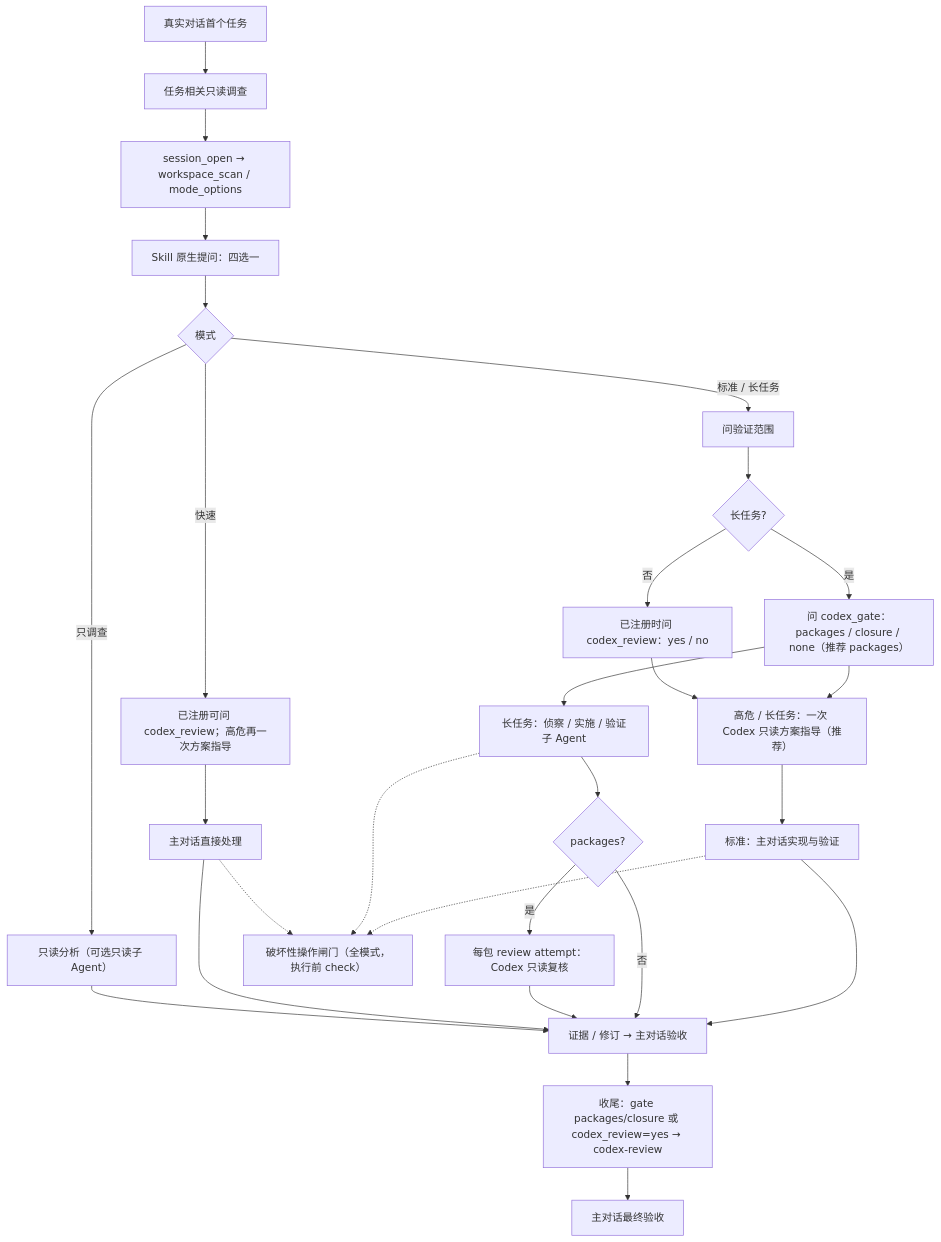
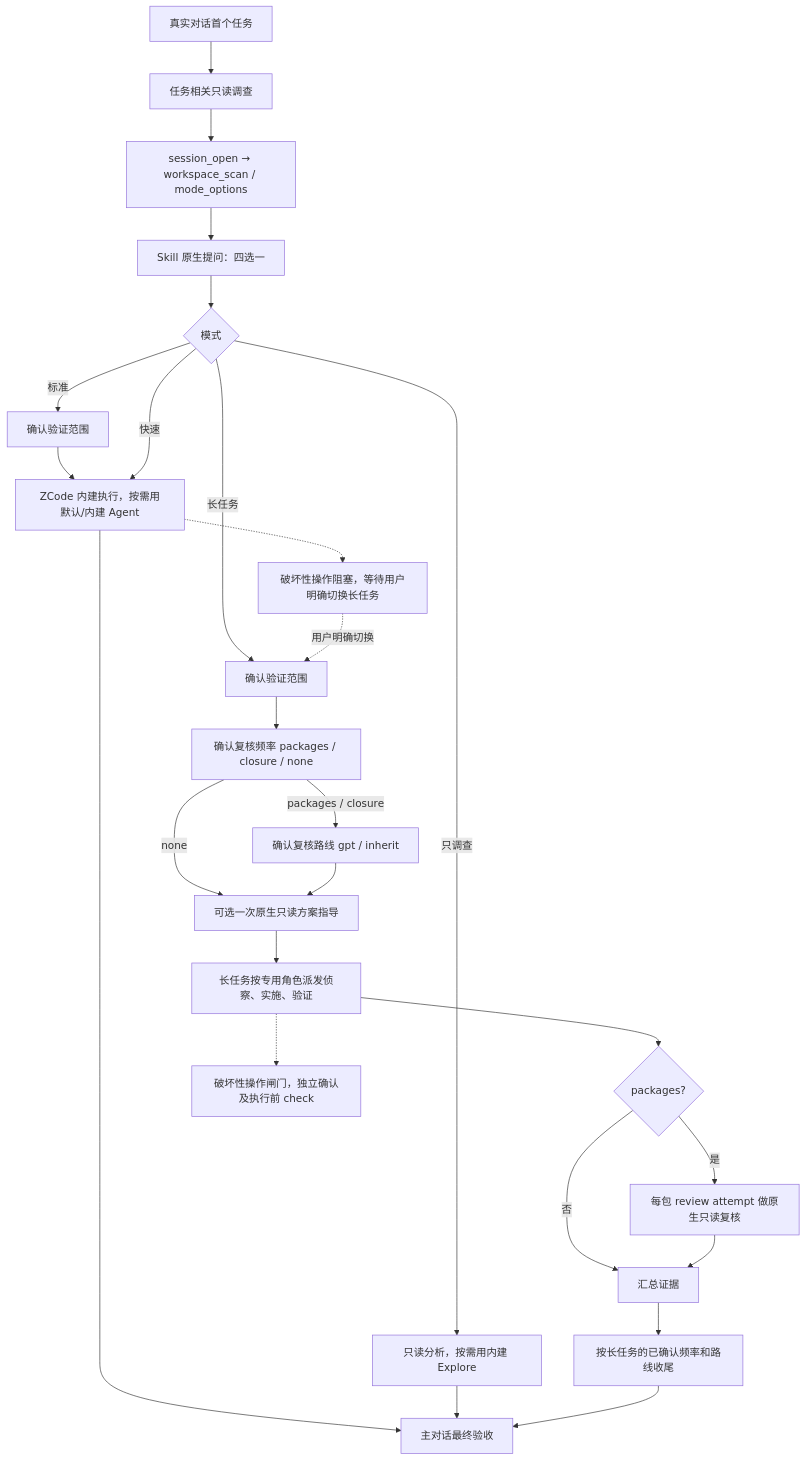
One commit to jinsc123654/single-conversation-subagent-skill changed the diagram in README.md. Above: the diagram before and after it, drawn with Mermaid. The commit also changed other lines of this file and 22 other files, not shown here.

````diff
--- a/README.md
+++ b/README.md
@@ -7,30 +7,28 @@
 ```mermaid
 flowchart TD
   S["真实对话首个任务"] --> I["任务相关只读调查"]
   I --> O["session_open → workspace_scan / mode_options"]
   O --> A["Skill 原生提问：四选一"]
   A --> M{"模式"}
-  M -->|标准 / 长任务| V["问验证范围"]
-  V --> L{"长任务?"}
-  L -->|是| G["问 codex_gate：packages / closure / none（推荐 packages）"]
-  L -->|否| R["已注册时问 codex_review：yes / no"]
-  G --> C["高危 / 长任务：一次 Codex 只读方案指导（推荐）"]
+  M -->|标准| V["确认验证范围"]
+  M -->|长任务| VL["确认验证范围"]
+  V --> P["ZCode 内建执行，按需用默认/内建 Agent"]
+  M -->|快速| P
+  M -->|只调查| D["只读分析，按需用内建 Explore"]
+  VL --> G["确认复核频率 packages / closure / none"]
+  G -->|packages / closure| R["确认复核路线 gpt / inherit"]
+  G -->|none| C["可选一次原生只读方案指导"]
   R --> C
-  C --> P["标准：主对话实现与验证"]
-  G --> W["长任务：侦察 / 实施 / 验证子 Agent"]
-  M -->|快速| Q["已注册可问 codex_review；高危再一次方案指导"]
-  Q --> F["主对话直接处理"]
-  M -->|只调查| D["只读分析（可选只读子 Agent）"]
-  P --> E["证据 / 修订 → 主对话验收"]
+  C --> W["长任务按专用角色派发侦察、实施、验证"]
   W --> RV{"packages?"}
-  RV -->|是| T["每包 review attempt：Codex 只读复核"]
-  RV -->|否| E
+  RV -->|是| T["每包 review attempt 做原生只读复核"]
+  RV -->|否| E["汇总证据"]
   T --> E
-  F --> E
-  D --> E
-  E --> X["收尾：gate packages/closure 或 codex_review=yes → codex-review"]
-  P -.-> H["破坏性操作闸门（全模式，执行前 check）"]
-  W -.-> H
-  F -.-> H
-  X --> Z["主对话最终验收"]
+  E --> X["按长任务的已确认频率和路线收尾"]
+  P -.-> B["破坏性操作阻塞，等待用户明确切换长任务"]
+  B -.->|用户明确切换| VL
+  W -.-> H["破坏性操作闸门，独立确认及执行前 check"]
+  P --> Z["主对话最终验收"]
+  D --> Z
+  X --> Z
 ```
````
